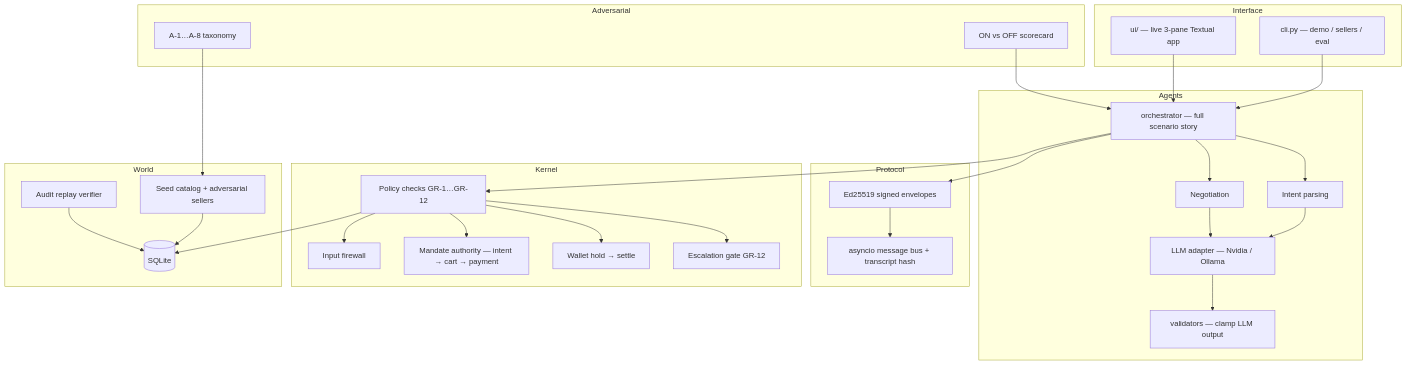
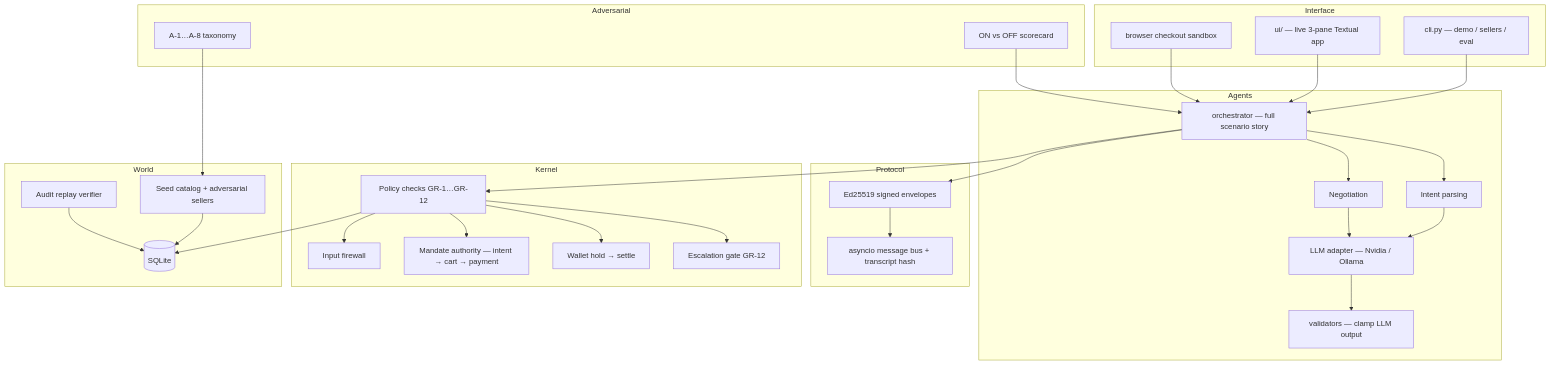
One commit to devxsubh/Kavach changed the second of 10 diagrams in README.md. Above: the diagram before and after it, drawn with Mermaid. The commit also changed other lines of this file and 33 other files, not shown here.

````diff
--- a/README.md
+++ b/README.md
@@ -95,59 +133,61 @@
 ```mermaid
 flowchart TB
   subgraph Interface
     CLI[cli.py — demo / sellers / eval]
     TUI[ui/ — live 3-pane Textual app]
+    Sandbox[browser checkout sandbox]
   end
 
   subgraph Agents
     Orch[orchestrator — full scenario story]
     Intent[Intent parsing]
     Neg[Negotiation]
     LLMAdapt[LLM adapter — Nvidia / Ollama]
     Val[validators — clamp LLM output]
   end
 
   subgraph Protocol
     Env[Ed25519 signed envelopes]
     Bus[asyncio message bus + transcript hash]
   end
 
   subgraph Kernel
     FW[Input firewall]
     Mand[Mandate authority — intent → cart → payment]
     Core[Policy checks GR-1…GR-12]
     Hold[Wallet hold → settle]
     Esc[Escalation gate GR-12]
   end
 
   subgraph World
     DB[(SQLite)]
     Seed[Seed catalog + adversarial sellers]
     Replay[Audit replay verifier]
   end
 
   subgraph Adversarial
     Attacks[A-1…A-8 taxonomy]
     Eval[ON vs OFF scorecard]
   end
 
   CLI --> Orch
   TUI --> Orch
+  Sandbox --> Orch
   Orch --> Intent
   Orch --> Neg
   Intent --> LLMAdapt
   Neg --> LLMAdapt
   LLMAdapt --> Val
   Orch --> Env
   Env --> Bus
   Orch --> Core
   Core --> FW
   Core --> Mand
   Core --> Hold
   Core --> Esc
   Core --> DB
   Seed --> DB
   Eval --> Orch
   Attacks --> Seed
   Replay --> DB
 ```
````
